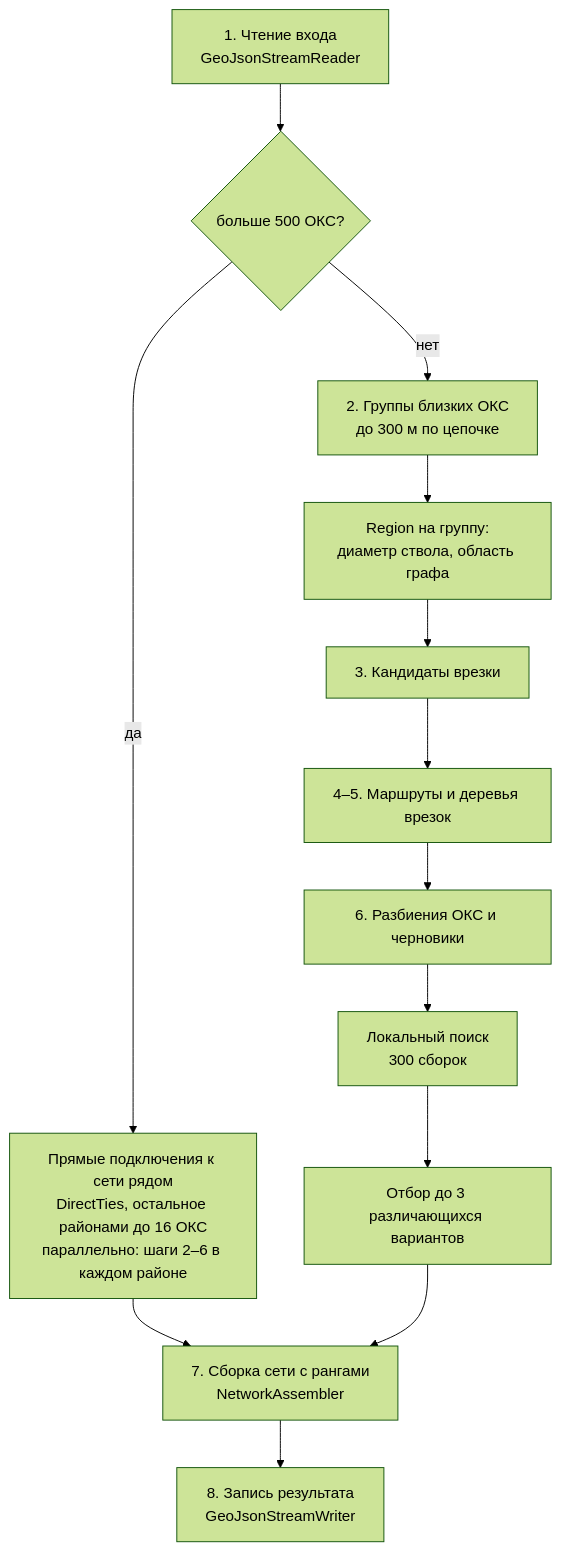
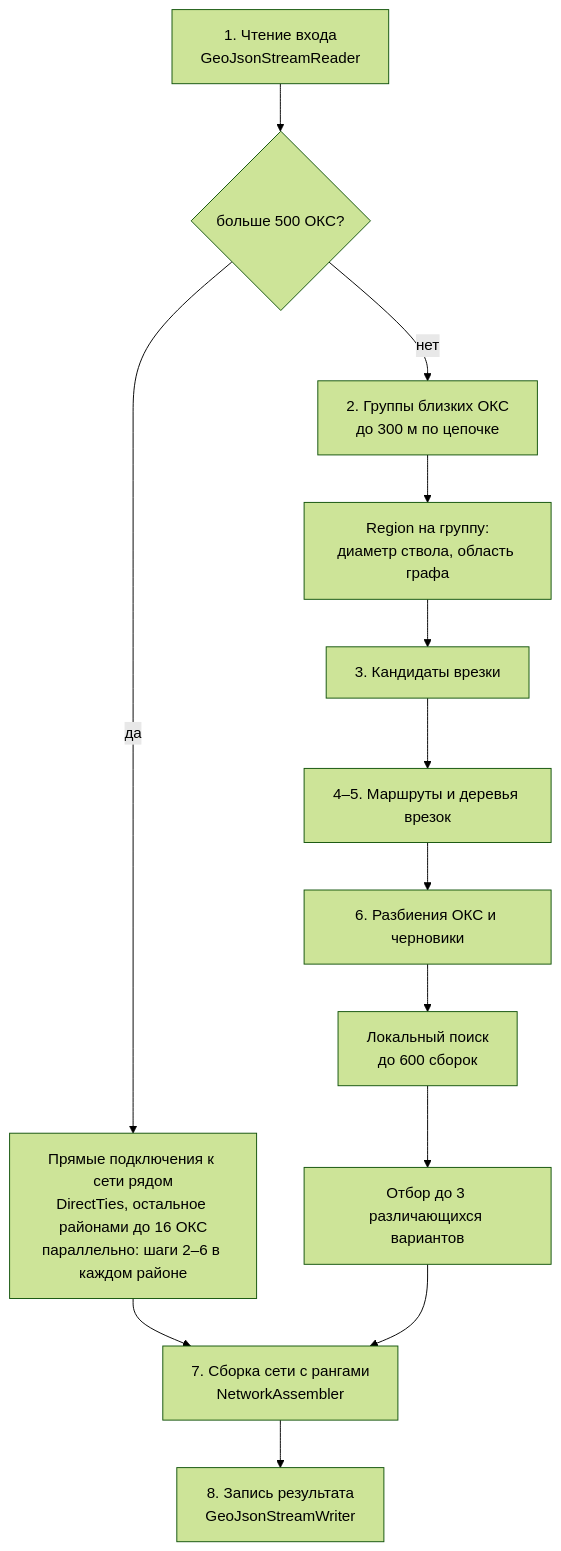
The fourth of 6 diagrams in architecture/ARCHITECTURE.md (NewaccOOO/LCT), drawn with Mermaid (forest theme) before and after one commit. The commit also changed other lines of this file and 11 other files, not shown here.

````diff
--- a/architecture/ARCHITECTURE.md
+++ b/architecture/ARCHITECTURE.md
@@ -127,15 +127,15 @@
 ```mermaid
 flowchart TD
     read[1. Чтение входа<br/>GeoJsonStreamReader] --> big{больше 500 ОКС?}
     big -->|да| city[Прямые подключения к сети рядом<br/>DirectTies, остальное районами до 16 ОКС<br/>параллельно: шаги 2–6 в каждом районе]
     city --> assemble
     big -->|нет| groups[2. Группы близких ОКС<br/>до 300 м по цепочке]
     groups --> region[Region на группу:<br/>диаметр ствола, область графа]
     region --> ties[3. Кандидаты врезки]
     ties --> tree[4–5. Маршруты и деревья врезок]
     tree --> partitions[6. Разбиения ОКС и черновики]
-    partitions --> search[Локальный поиск<br/>300 сборок]
+    partitions --> search[Локальный поиск<br/>до 600 сборок]
     search --> pick[Отбор до 3 различающихся вариантов]
     pick --> assemble[7. Сборка сети с рангами<br/>NetworkAssembler]
     assemble --> write[8. Запись результата<br/>GeoJsonStreamWriter]
 ```
````
